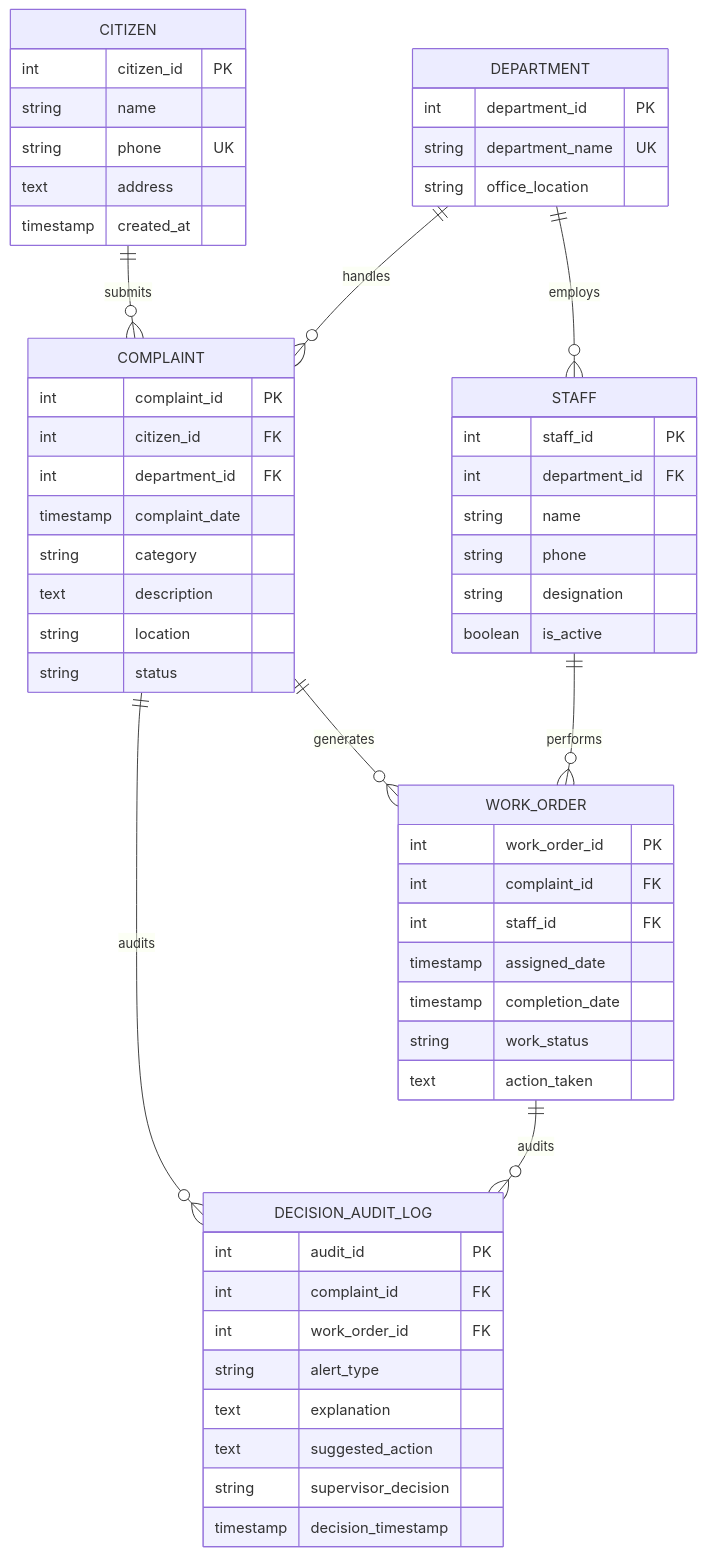
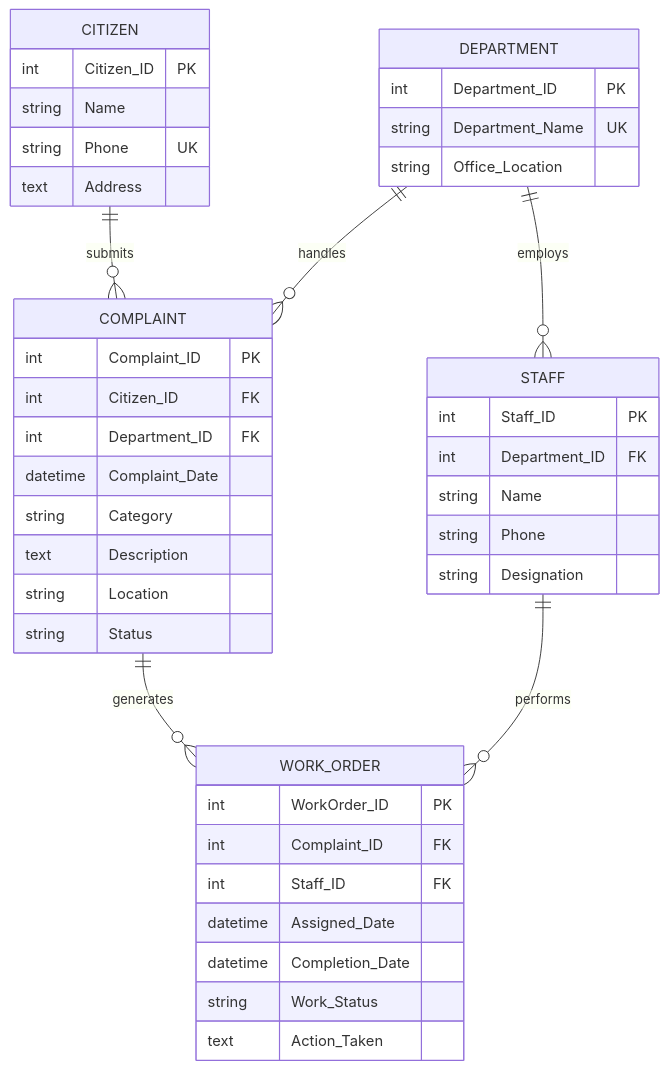
Before and after one commit to Arish026/municipal-complaint-system: the second of 7 diagrams in README.md, drawn with Mermaid. The commit also changed other lines of this file and 4 other files, not shown here.

Commit message:
docs: add concrete ERD, semantic nets, and DFD levels 0, 1, and 2 specifications

````diff
--- a/README.md
+++ b/README.md
@@ -41,65 +50,50 @@
 ```mermaid
 erDiagram
-    CITIZEN ||--o{ COMPLAINT : submits
-    DEPARTMENT ||--o{ STAFF : employs
-    DEPARTMENT ||--o{ COMPLAINT : handles
-    COMPLAINT ||--o{ WORK_ORDER : generates
-    STAFF ||--o{ WORK_ORDER : performs
-    COMPLAINT ||--o{ DECISION_AUDIT_LOG : audits
-    WORK_ORDER ||--o{ DECISION_AUDIT_LOG : audits
+    CITIZEN ||--o{ COMPLAINT : "submits"
+    DEPARTMENT ||--o{ COMPLAINT : "handles"
+    DEPARTMENT ||--o{ STAFF : "employs"
+    STAFF ||--o{ WORK_ORDER : "performs"
+    COMPLAINT ||--o{ WORK_ORDER : "generates"
 
     CITIZEN {
-        int citizen_id PK
-        string name
-        string phone UK
-        text address
-        timestamp created_at
+        int Citizen_ID PK
+        string Name
+        string Phone UK
+        text Address
     }
 
     DEPARTMENT {
-        int department_id PK
-        string department_name UK
-        string office_location
+        int Department_ID PK
+        string Department_Name UK
+        string Office_Location
     }
 
     STAFF {
-        int staff_id PK
-        int department_id FK
-        string name
-        string phone
-        string designation
-        boolean is_active
+        int Staff_ID PK
+        int Department_ID FK
+        string Name
+        string Phone
+        string Designation
     }
 
     COMPLAINT {
-        int complaint_id PK
-        int citizen_id FK
-        int department_id FK
-        timestamp complaint_date
-        string category
-        text description
-        string location
-        string status
+        int Complaint_ID PK
+        int Citizen_ID FK
+        int Department_ID FK
+        datetime Complaint_Date
+        string Category
+        text Description
+        string Location
+        string Status
     }
 
     WORK_ORDER {
-        int work_order_id PK
-        int complaint_id FK
-        int staff_id FK
-        timestamp assigned_date
-        timestamp completion_date
-        string work_status
-        text action_taken
-    }
-
-    DECISION_AUDIT_LOG {
-        int audit_id PK
-        int complaint_id FK
-        int work_order_id FK
-        string alert_type
-        text explanation
-        text suggested_action
-        string supervisor_decision
-        timestamp decision_timestamp
+        int WorkOrder_ID PK
+        int Complaint_ID FK
+        int Staff_ID FK
+        datetime Assigned_Date
+        datetime Completion_Date
+        string Work_Status
+        text Action_Taken
     }
 ```
````
